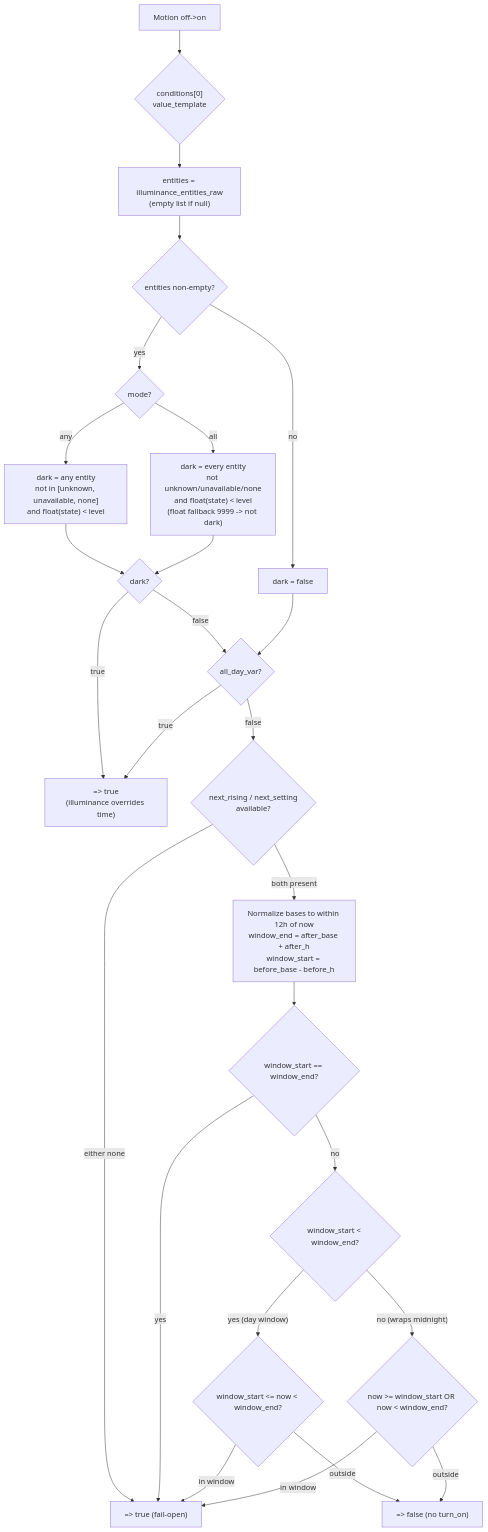
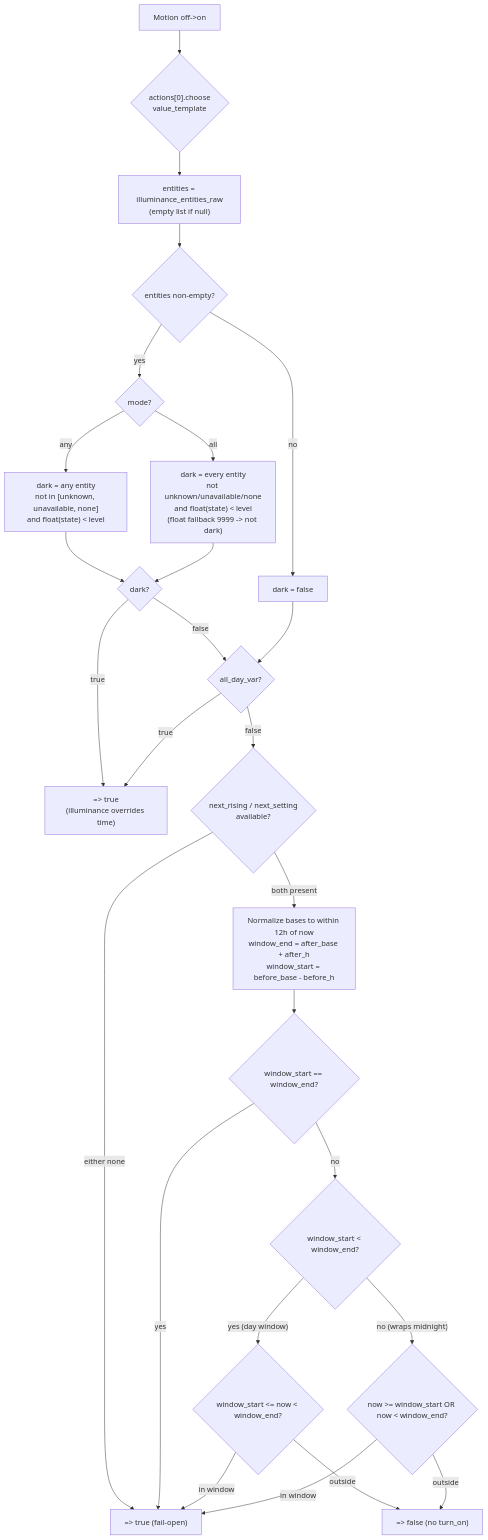
Before and after one commit to Voronenko/ha-blueprints: the first of 5 diagrams in docs/motion-illuminance.md, drawn with Mermaid. The commit also changed other lines of this file and 3 other files, not shown here.

````diff
--- a/docs/motion-illuminance.md
+++ b/docs/motion-illuminance.md
@@ -54,25 +60,25 @@
 ```mermaid
 flowchart TD
-  TRIG["Motion off->on"] --> C{"conditions[0]\nvalue_template"}
+  TRIG["Motion off->on"] --> C{"actions[0].choose\nvalue_template"}
   C --> E["entities = illuminance_entities_raw\n(empty list if null)"]
   E --> DARK{"entities non-empty?"}
   DARK -- "no" --> DARK_NO["dark = false"]
   DARK -- "yes" --> MODE{"mode?"}
   MODE -- "any" --> ANY["dark = any entity\nnot in [unknown, unavailable, none]\nand float(state) < level"]
   MODE -- "all" --> ALL["dark = every entity\nnot unknown/unavailable/none\nand float(state) < level\n(float fallback 9999 -> not dark)"]
   ANY & ALL --> IS_DARK{"dark?"}
   IS_DARK -- "true" --> ALLOW["=> true\n(illuminance overrides time)"]
   IS_DARK -- "false" --> ALLDAY{"all_day_var?"}
   DARK_NO --> ALLDAY
   ALLDAY -- "true" --> ALLOW
   ALLDAY -- "false" --> SUN{"next_rising / next_setting\navailable?"}
   SUN -- "either none" --> ALLOW2["=> true (fail-open)"]
   SUN -- "both present" --> NORM["Normalize bases to within 12h of now\nwindow_end = after_base + after_h\nwindow_start = before_base - before_h"]
   NORM --> EQ{"window_start == window_end?"}
   EQ -- "yes" --> ALLOW2
   EQ -- "no" --> WRAP{"window_start < window_end?"}
   WRAP -- "yes (day window)" --> IN1{"window_start <= now < window_end?"}
   WRAP -- "no (wraps midnight)" --> IN2{"now >= window_start OR now < window_end?"}
   IN1 & IN2 -- "in window" --> ALLOW2
   IN1 & IN2 -- "outside" --> DENY["=> false (no turn_on)"]
 ```
````
